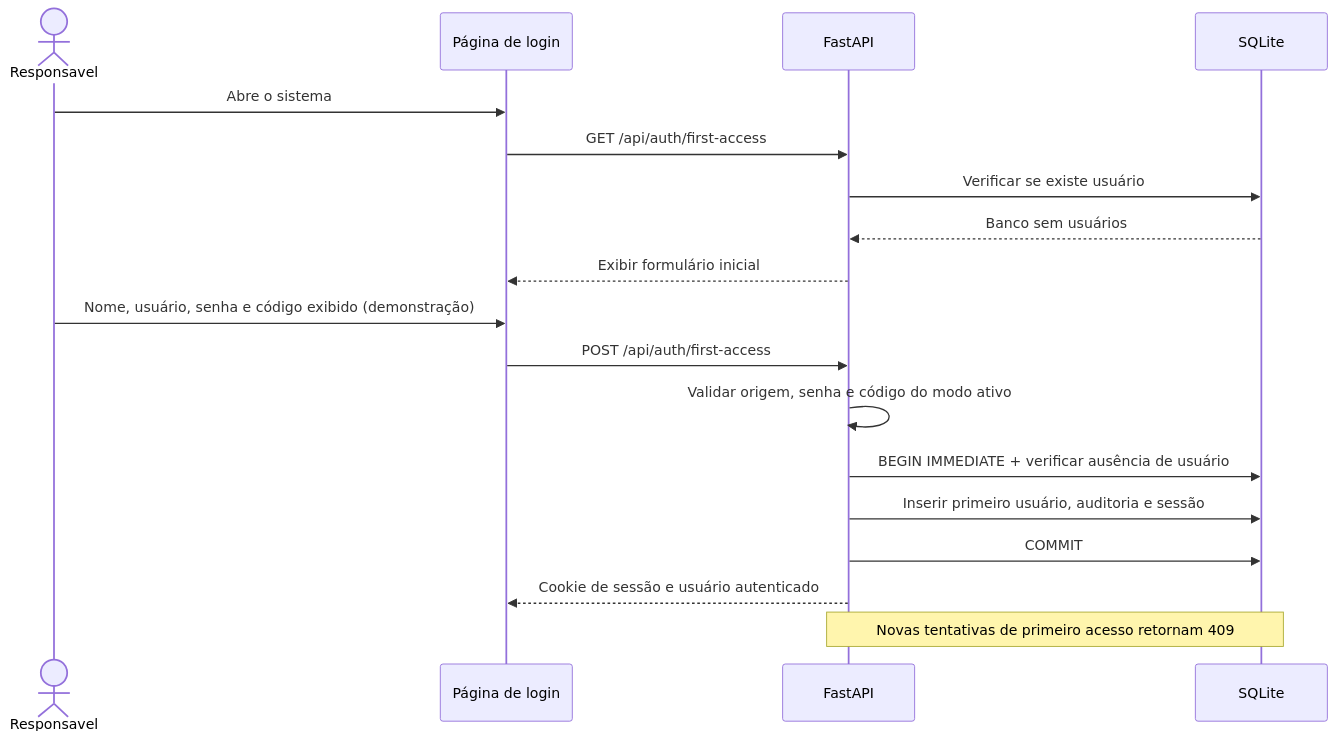
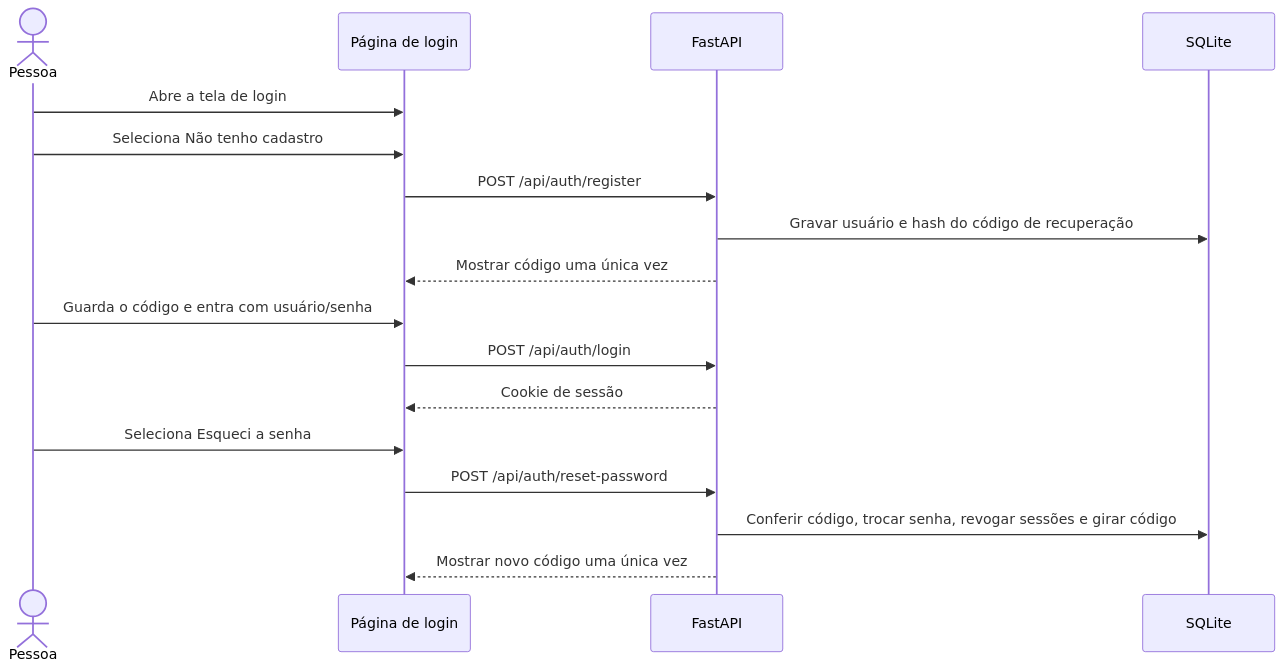
The fifth of 5 diagrams in docs/DIAGRAMAS.md (Jonathas-Ramos/Projeto-Pousada), drawn with Mermaid before and after one commit. The commit also changed other lines of this file and 19 other files, not shown here.

Commit message:
Adicionar cadastro e recuperacao de senha pela interface

````diff
--- a/docs/DIAGRAMAS.md
+++ b/docs/DIAGRAMAS.md
@@ -261,20 +266,19 @@
 ```mermaid
 sequenceDiagram
-    actor Responsavel
+    actor Pessoa
     participant UI as Página de login
     participant API as FastAPI
     participant DB as SQLite
-    Responsavel->>UI: Abre o sistema
-    UI->>API: GET /api/auth/first-access
-    API->>DB: Verificar se existe usuário
-    DB-->>API: Banco sem usuários
-    API-->>UI: Exibir formulário inicial
-    Responsavel->>UI: Nome, usuário, senha e código exibido (demonstração)
-    UI->>API: POST /api/auth/first-access
-    API->>API: Validar origem, senha e código do modo ativo
-    API->>DB: BEGIN IMMEDIATE + verificar ausência de usuário
-    API->>DB: Inserir primeiro usuário, auditoria e sessão
-    API->>DB: COMMIT
-    API-->>UI: Cookie de sessão e usuário autenticado
-    Note over API,DB: Novas tentativas de primeiro acesso retornam 409
+    Pessoa->>UI: Abre a tela de login
+    Pessoa->>UI: Seleciona Não tenho cadastro
+    UI->>API: POST /api/auth/register
+    API->>DB: Gravar usuário e hash do código de recuperação
+    API-->>UI: Mostrar código uma única vez
+    Pessoa->>UI: Guarda o código e entra com usuário/senha
+    UI->>API: POST /api/auth/login
+    API-->>UI: Cookie de sessão
+    Pessoa->>UI: Seleciona Esqueci a senha
+    UI->>API: POST /api/auth/reset-password
+    API->>DB: Conferir código, trocar senha, revogar sessões e girar código
+    API-->>UI: Mostrar novo código uma única vez
 ```
````
